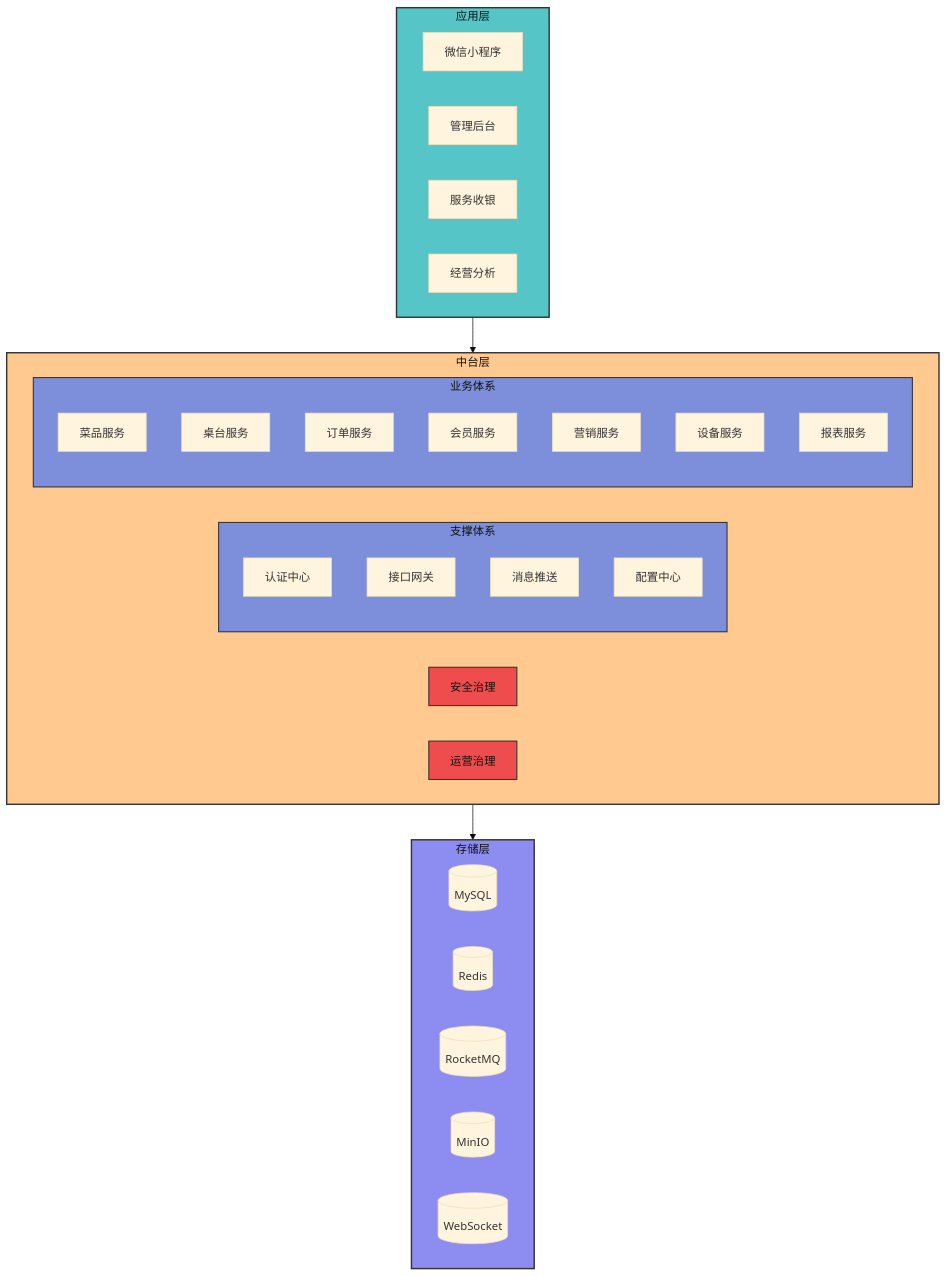
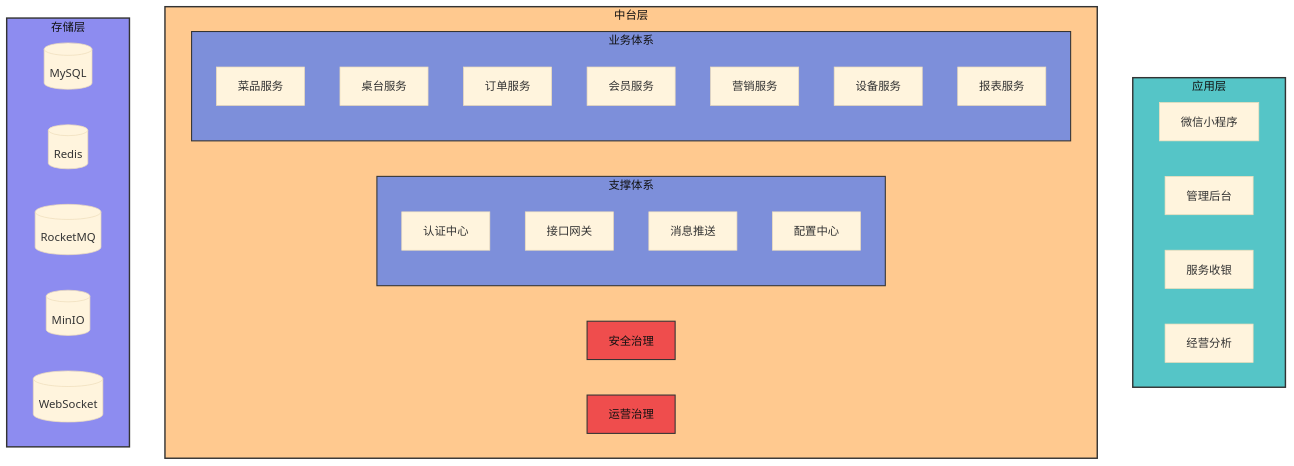
Before and after one commit to meisijiya/DIANCAN-SYSTEM: the first of 3 diagrams in readme.md, drawn with Mermaid (base theme). The commit also changed other lines of this file, not shown here.

Commit message:
修改文档的图

````diff
--- a/readme.md
+++ b/readme.md
@@ -34,50 +34,47 @@
 ```mermaid
 flowchart TB
     subgraph Top[应用层]
         MINI[微信小程序]
         WEB[管理后台]
         SERVICE[服务收银]
         BI[经营分析]
     end
 
     subgraph Center[中台层]
         SAFE[安全治理]
         OPSM[运营治理]
 
         subgraph Platform[支撑体系]
             AUTH[认证中心]
             GATEWAY[接口网关]
             SOCKET[消息推送]
             CONFIG[配置中心]
         end
 
         subgraph Core[业务体系]
             DISH[菜品服务]
             TABLE[桌台服务]
             ORDER[订单服务]
             MEMBER[会员服务]
             MKT[营销服务]
             DEVICE[设备服务]
             REPORT[报表服务]
         end
     end
 
     subgraph Bottom[存储层]
         MYSQL[(MySQL)]
         REDIS[(Redis)]
         MQ[(RocketMQ)]
         MINIO[(MinIO)]
         WS[(WebSocket)]
     end
 
-    Top --> Center
-    Center --> Bottom
-
     style Top fill:#55c5c7,stroke:#333,stroke-width:2px,color:#111
     style Center fill:#ffc98f,stroke:#333,stroke-width:2px,color:#111
     style Bottom fill:#8d8cf0,stroke:#333,stroke-width:2px,color:#111
     style Platform fill:#7d8fda,stroke:#333,stroke-width:1.5px,color:#111
     style Core fill:#7d8fda,stroke:#333,stroke-width:1.5px,color:#111
     style SAFE fill:#ef4d4d,stroke:#333,stroke-width:1.5px,color:#111
     style OPSM fill:#ef4d4d,stroke:#333,stroke-width:1.5px,color:#111
 ```
````
